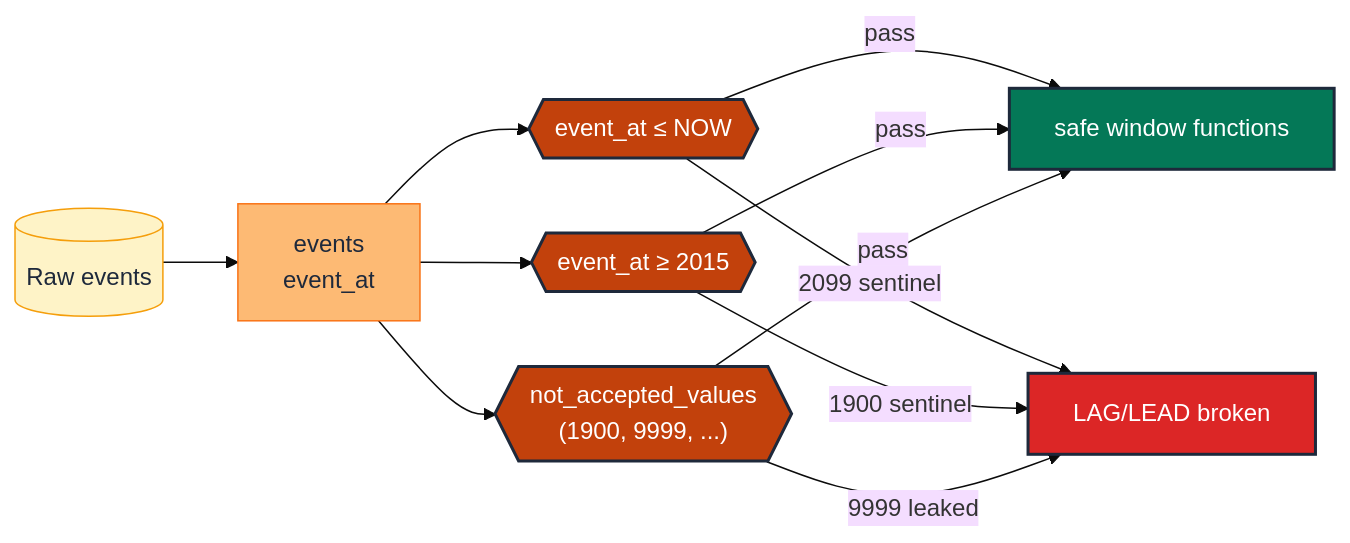
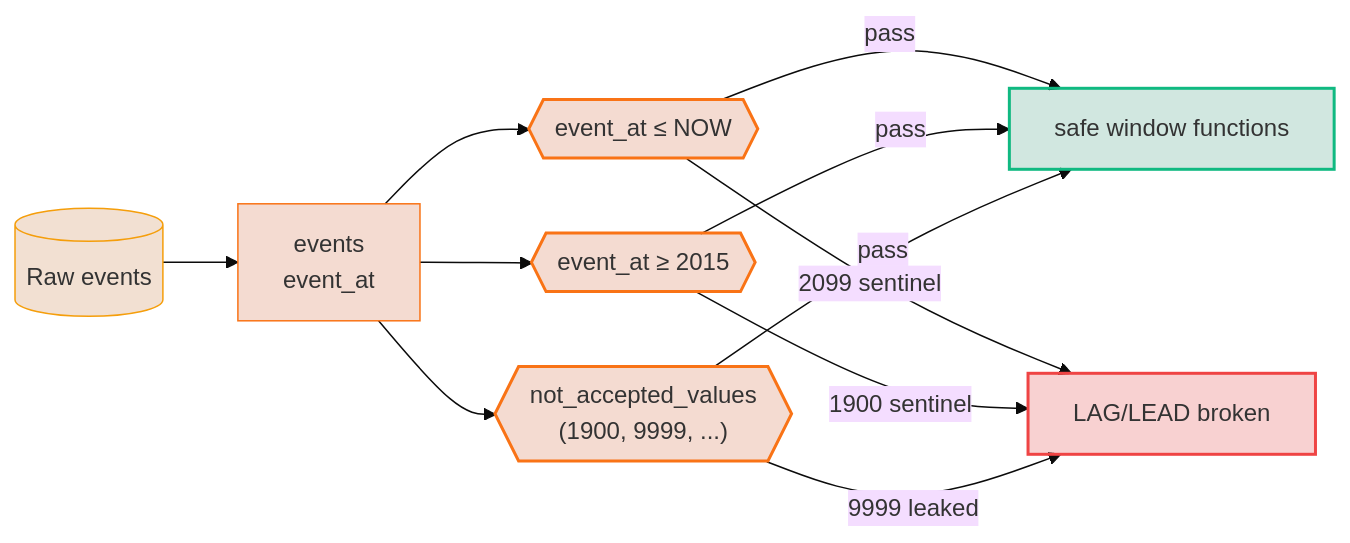
Before and after one commit to neozenith/dbt-gcp-jaffleshop: the diagram in docs/guides/testing_taxonomy/time/TM-SC-01-event-time-bounds.md, drawn with Mermaid (base theme). The commit also changed 36 other files, not shown here.

First line of the commit message:
docs(taxonomy): rework guide entry-point + WCAG-AAA dual-theme mermaid palette (#19)

````diff
--- a/docs/guides/testing_taxonomy/time/TM-SC-01-event-time-bounds.md
+++ b/docs/guides/testing_taxonomy/time/TM-SC-01-event-time-bounds.md
@@ -103,21 +103,21 @@
 ```mermaid
 flowchart LR
     src[("Raw events")]:::source --> evt["events<br/>event_at"]:::timeSecondary
 
     evt --> t1{{"event_at ≤ NOW"}}:::gate
     evt --> t2{{"event_at ≥ 2015"}}:::gate
     evt --> t3{{"not_accepted_values<br/>(1900, 9999, ...)"}}:::gate
 
     t1 -- pass --> ok["safe window functions"]:::ok
     t2 -- pass --> ok
     t3 -- pass --> ok
     t1 -- "2099 sentinel" --> fail["LAG/LEAD broken"]:::fail
     t2 -- "1900 sentinel" --> fail
     t3 -- "9999 leaked" --> fail
 
-    classDef source        fill:#fef3c7,stroke:#f59e0b,color:#1e293b,stroke-width:1px
-    classDef timeSecondary fill:#fdba74,stroke:#f97316,color:#1e293b,stroke-width:1px
-    classDef gate          fill:#c2410c,stroke:#1e293b,color:#fff,stroke-width:2px
-    classDef ok            fill:#047857,stroke:#1e293b,color:#fff,stroke-width:2px
-    classDef fail          fill:#dc2626,stroke:#1e293b,color:#fff,stroke-width:2px
+    classDef source fill:#b453092e,stroke:#f59e0b,stroke-width:1px
+    classDef timeSecondary fill:#c2410c30,stroke:#f97316,stroke-width:1px
+    classDef gate fill:#c2410c30,stroke:#f97316,stroke-width:2px
+    classDef ok fill:#0478572e,stroke:#10b981,stroke-width:2px
+    classDef fail fill:#dc262636,stroke:#ef4444,stroke-width:2px
 ```
````
